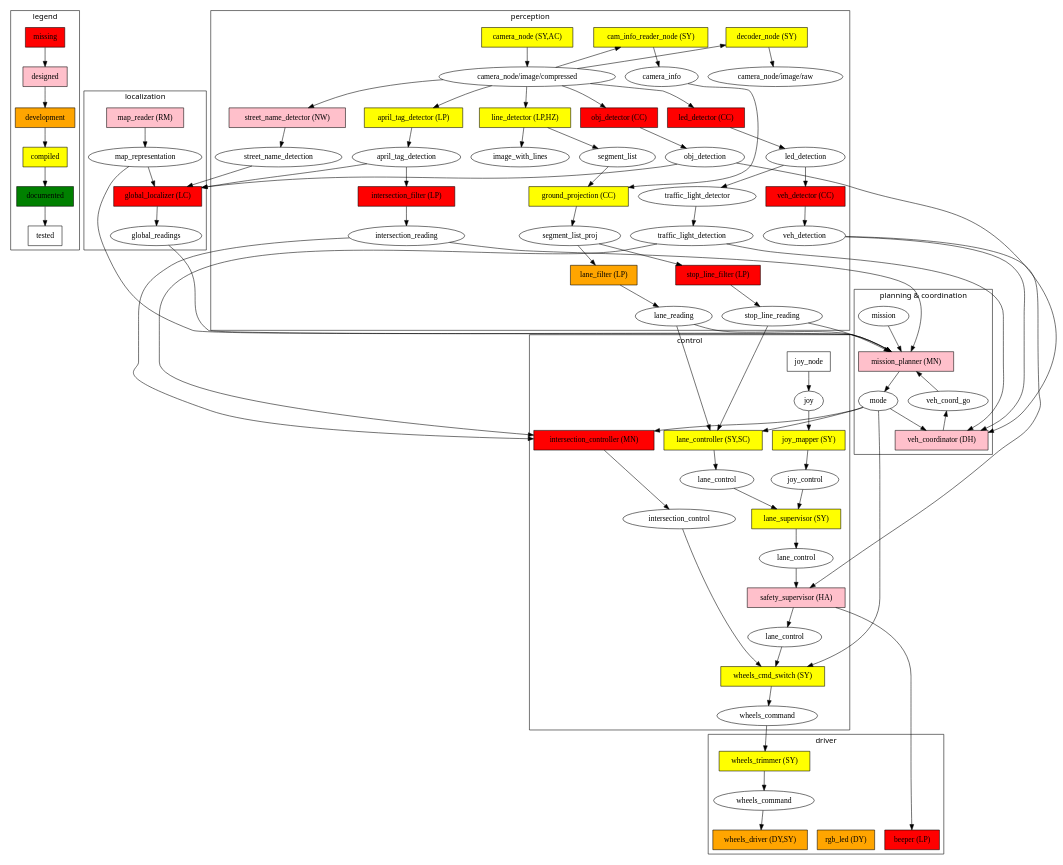
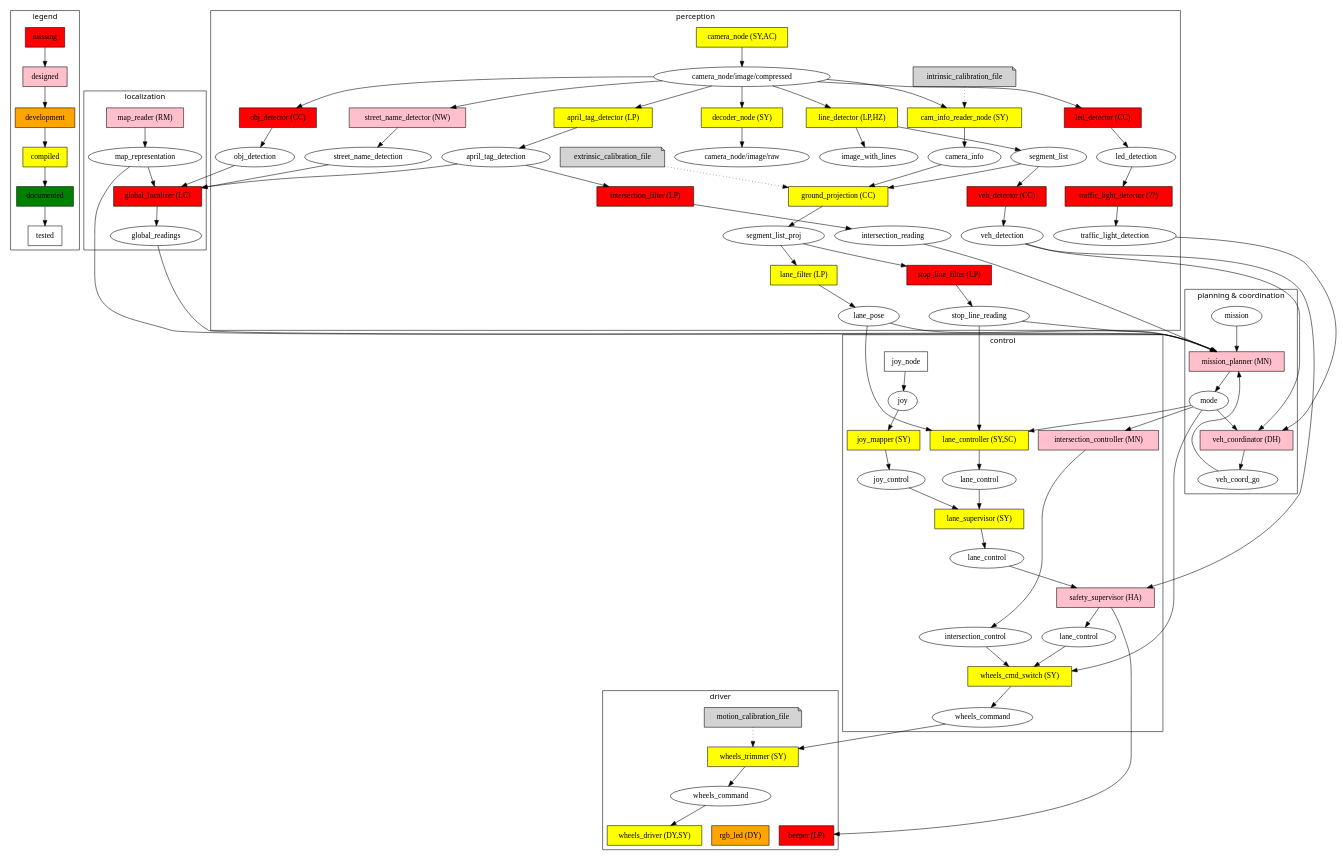
The diagram in ros_diagram/Duckietown_ROS_Diagram.dot (kungfrank/Knight_car), drawn with Graphviz before and after one commit.

Commit message:
Update ROS diagram.

```diff
--- a/ros_diagram/Duckietown_ROS_Diagram.dot
+++ b/ros_diagram/Duckietown_ROS_Diagram.dot
@@ -26,15 +26,17 @@
 		node [fillcolor=red];
 		global_localizer[label="global_localizer (LC)"];
 		intersection_filter[label="intersection_filter (LP)"];
-		intersection_controller[label="intersection_controller (MN)"];
 		stop_line_filter[label="stop_line_filter (LP)"];
 		led_detector[label="led_detector (CC)"];
 		obj_detector[label="obj_detector (CC)"];
 		beeper[label="beeper (LP)"];
 		veh_detector[label="veh_detector (CC)"];
+		traffic_light_detector[label="traffic_light_detector (??)"];
+		//coordination_controller[label="coordination_controller (MN?)"];
 	}
 	subgraph node_designed{
 		node [fillcolor=pink];
+		intersection_controller[label="intersection_controller (MN)"];
 		mission_planner[label="mission_planner (MN)"];
 		street_name_detector[label="street_name_detector (NW)"];
 		safety_supervisor[label="safety_supervisor (HA)"];
@@ -43,12 +45,11 @@
 	}
 	subgraph node_development{
 		node [fillcolor=orange];
-		wheels_driver[label="wheels_driver (DY,SY)"];
 		rgb_led[label="rgb_led (DY)"];
-		lane_filter[label="lane_filter (LP)"]; 
 	}
 	subgraph node_compiled{
 		node [fillcolor=yellow];
+		wheels_driver[label="wheels_driver (DY,SY)"];
 		wheels_cmd_switch[label="wheels_cmd_switch (SY)"]
 		camera_node[label="camera_node (SY,AC)"];
 		decoder_node[label="decoder_node (SY)"];
@@ -60,6 +61,7 @@
 		joy_mapper[label="joy_mapper (SY)"];
 		ground_projection[label="ground_projection (CC)"];
 		wheels_trimmer[label="wheels_trimmer (SY)"];
+		lane_filter[label="lane_filter (LP)"]; 
 	}
 	subgraph node_documented{
 		node [fillcolor=green];
@@ -71,6 +73,12 @@
 	}
 
 	// Nodes Definition
+	node [shape=note,style=filled];
+	subgraph files{
+		motion_calibration_file;
+		extrinsic_calibration_file;
+		intrinsic_calibration_file;
+	}
 
 	//{rank=max; wheels_driver;beeper;rgb_led}
 	//{rank=min; map_reader;joy_node;camera_node}
@@ -91,7 +99,7 @@
 	segment_list;
 	segment_list_proj;
 	image_with_lines;
-	lane_reading; //LaneReading: y, phi, sigma_y, sigma_phi, status
+	lane_pose; //LaneReading: y, phi, sigma_y, sigma_phi, status
 	lane_control;
 	lane_control_sup[label="lane_control"];
 	lane_control_safe[label="lane_control"];
@@ -111,6 +119,7 @@
 	veh_coord_go;
 	wheels_command;
 	wheels_command_switch[label="wheels_command"];
+	//coordination_control;
 
 	subgraph cluster_perception{
 		label="perception"
@@ -129,16 +138,19 @@
 		traffic_light_detector;
 		intersection_filter;
 		street_name_detector;
-		//image_proc;
 		ground_projection;
-		//img_downsampler;
+
+		// Files
+		intrinsic_calibration_file;
+		extrinsic_calibration_file;
+
 		// Topics
 		segment_list;
 		segment_list_proj;
 		//img_low;
 		//img_high;
 		april_tag_detection;
-		lane_reading;
+		lane_pose;
 		image_with_lines;
 		obj_detection;
 		led_detection;
@@ -152,8 +164,8 @@
 		image_compressed[label="camera_node/image/compressed"];
 		image_raw[label="camera_node/image/raw"];
 		camera_info;
-		{rank=same; image_compressed;image_raw;camera_info}
-		{rank=same; decoder_node;camera_node}
+		//{rank=same; image_compressed;image_raw;camera_info}
+		//{rank=same; extrinsic_calibration_file, ground_projection}
 	}
 
 	subgraph cluster_control{
@@ -163,6 +175,7 @@
 		joy_mapper;
 		lane_controller;
 		intersection_controller;
+		//coordination_controller;
 		lane_supervisor;
 		safety_supervisor;
 		wheels_cmd_switch;
@@ -174,7 +187,9 @@
 		lane_control_safe;
 		intersection_control;
 		wheels_command_switch;
-		{rank=same; intersection_controller;lane_controller;}
+		//coordination_control;
+		{rank=same; intersection_controller;lane_controller}
+		{rank=same; lane_control_safe;intersection_control}
 	}
 
 	subgraph cluster_localization{
@@ -207,6 +222,9 @@
 		beeper;
 		rgb_led;
 		{rank=same; wheels_driver, beeper,rgb_led}
+		// Files
+		motion_calibration_file
+
 		// Topics
 		wheels_command;
 	}
@@ -220,7 +238,9 @@
 
 	//camera_node->camera_info;
 	camera_node->image_compressed;
-	cam_info_reader_node->image_compressed[dir=back];
+	intrinsic_calibration_file->cam_info_reader_node[style="dotted"];
+	//cam_info_reader_node->image_compressed[dir=back];
+	image_compressed->cam_info_reader_node;
 	cam_info_reader_node->camera_info;
 	//image_compressed->img_downsampler;
 	//img_downsampler->img_high;
@@ -229,7 +249,8 @@
 
 	image_compressed->line_detector;
 	image_compressed->led_detector;
-	decoder_node->image_compressed [dir=back];
+	//decoder_node->image_compressed [dir=back];
+	image_compressed->decoder_node;
 	decoder_node->image_raw;
 
 
@@ -239,9 +260,10 @@
 	street_name_detector->street_name_detection;
 
 	led_detector->led_detection;
-	led_detection->veh_detector;
+	//led_detection->veh_detector;
 	led_detection->traffic_light_detector;
 	
+	segment_list->veh_detector;
 	veh_detector->veh_detection;
 	traffic_light_detector->traffic_light_detection;
 	
@@ -253,9 +275,9 @@
 	segment_list_proj->stop_line_filter;
 	segment_list_proj->lane_filter;
 
-	lane_filter->lane_reading #[label="LaneReading.msg"];
-	lane_reading->lane_controller #[label="LaneReading.msg"];
-	lane_reading->mission_planner;
+	lane_filter->lane_pose #[label="LaneReading.msg"];
+	lane_pose->lane_controller #[label="LaneReading.msg"];
+	lane_pose->mission_planner;
 
 	stop_line_filter->stop_line_reading;
 	stop_line_reading->lane_controller;
@@ -282,9 +304,9 @@
 	safety_supervisor->lane_control_safe;
 	safety_supervisor->beeper;
 	
-	intersection_reading->intersection_controller;
+	//intersection_reading->intersection_controller;
 	intersection_reading->mission_planner;
-	traffic_light_detection->intersection_controller;
+	//traffic_light_detection->intersection_controller;
 
 	veh_detection->safety_supervisor;
 	intersection_controller->intersection_control;
@@ -292,24 +314,31 @@
 	mission_planner->mode;
 	mission->mission_planner;
 
+	extrinsic_calibration_file->ground_projection[style="dotted"];
 	camera_info->ground_projection;
 	segment_list->ground_projection;
 	ground_projection->segment_list_proj;
 
-	obj_detection->veh_coordinator;
+	//obj_detection->veh_coordinator;
 	veh_detection->veh_coordinator;
 	traffic_light_detection->veh_coordinator;
 	//veh_coord_go->mission_planner;
-	veh_coord_go->veh_coordinator [dir=back];
-	mission_planner->veh_coord_go [dir=back];
+	//veh_coord_go->veh_coordinator [dir=back];
+	veh_coordinator->veh_coord_go;
+	//mission_planner->veh_coord_go [dir=back];
+	veh_coord_go->mission_planner;
 
 	mode->veh_coordinator;
 	mode->lane_controller;
 	mode->intersection_controller;
+	//mode->coordination_controller;
 
+	//coordination_controller->coordination_control;
+	//coordination_control->wheels_cmd_switch;
 	mode->wheels_cmd_switch;
 	wheels_cmd_switch->wheels_command_switch;
 	wheels_command_switch->wheels_trimmer;
+	motion_calibration_file->wheels_trimmer[style="dotted"]
 	wheels_trimmer->wheels_command;
 	lane_control_safe->wheels_cmd_switch;
 	intersection_control->wheels_cmd_switch;
```
